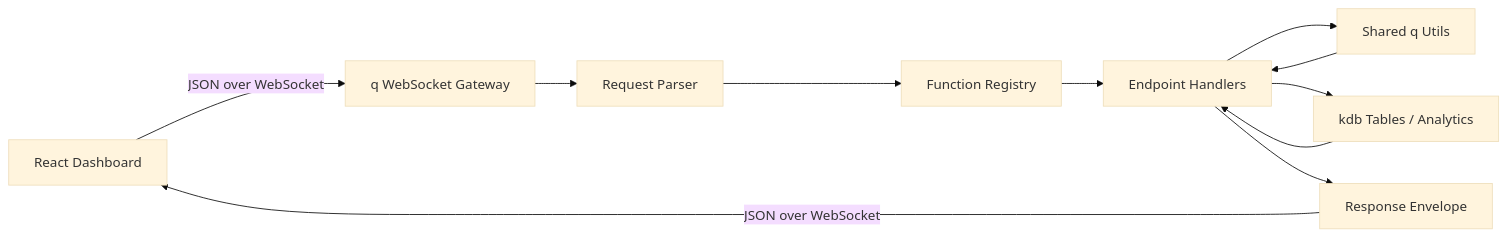
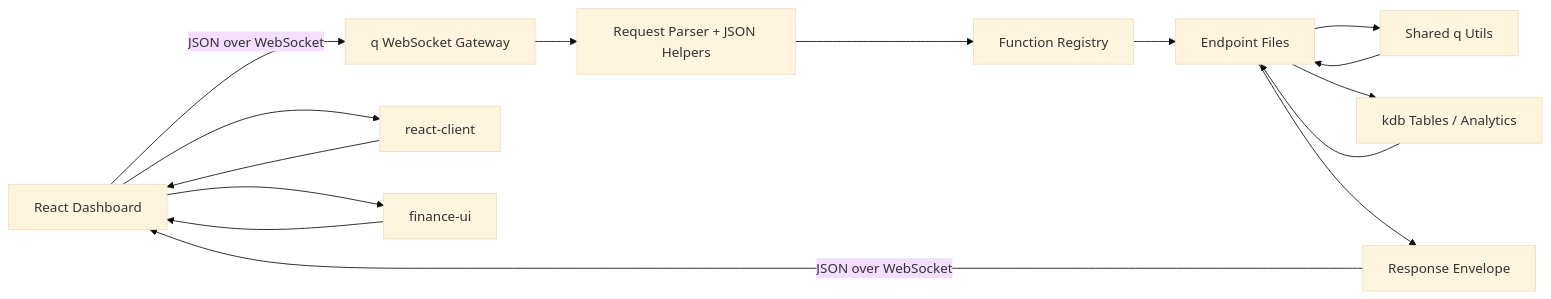
Before and after one commit to Deonatan/kdb-dashboard-library: the diagram in README.md, drawn with Mermaid (base theme). The commit also changed other lines of this file and 12 other files, not shown here.

````diff
--- a/README.md
+++ b/README.md
@@ -44,13 +24,17 @@
 ```mermaid
 flowchart LR
     A["React Dashboard"] -->|JSON over WebSocket| B["q WebSocket Gateway"]
-    B --> C["Request Parser"]
+    B --> C["Request Parser + JSON Helpers"]
     C --> D["Function Registry"]
-    D --> E["Endpoint Handlers"]
+    D --> E["Endpoint Files"]
     E --> F["Shared q Utils"]
     E --> G["kdb Tables / Analytics"]
     G --> E
     F --> E
+    A --> I["react-client"]
+    A --> J["finance-ui"]
+    I --> A
+    J --> A
     E --> H["Response Envelope"]
     H -->|JSON over WebSocket| A
 ```
````
